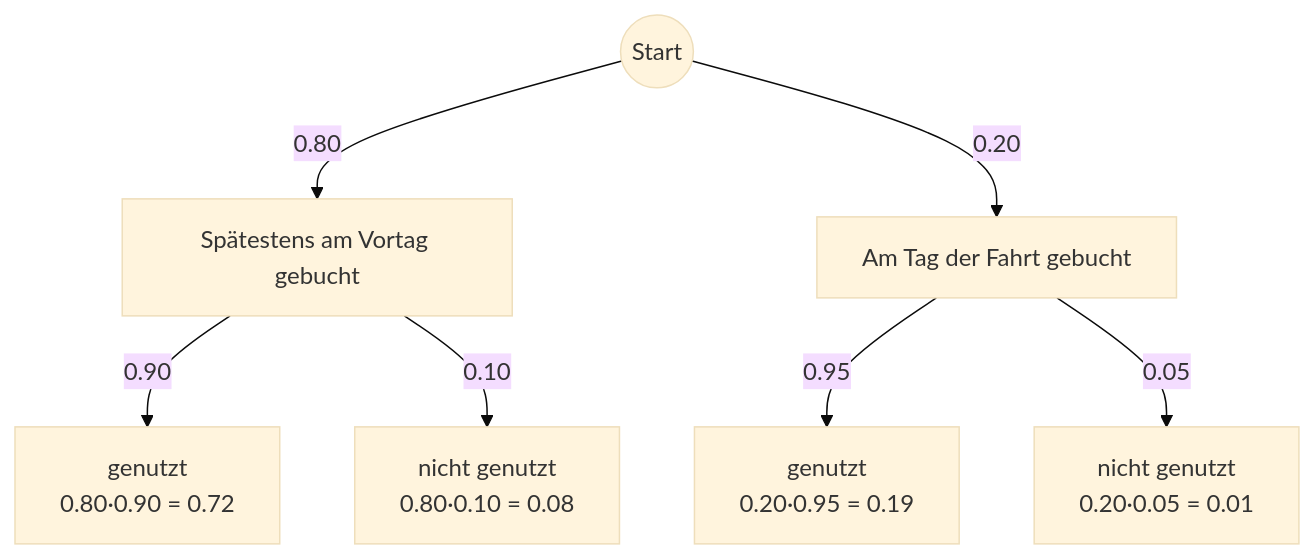
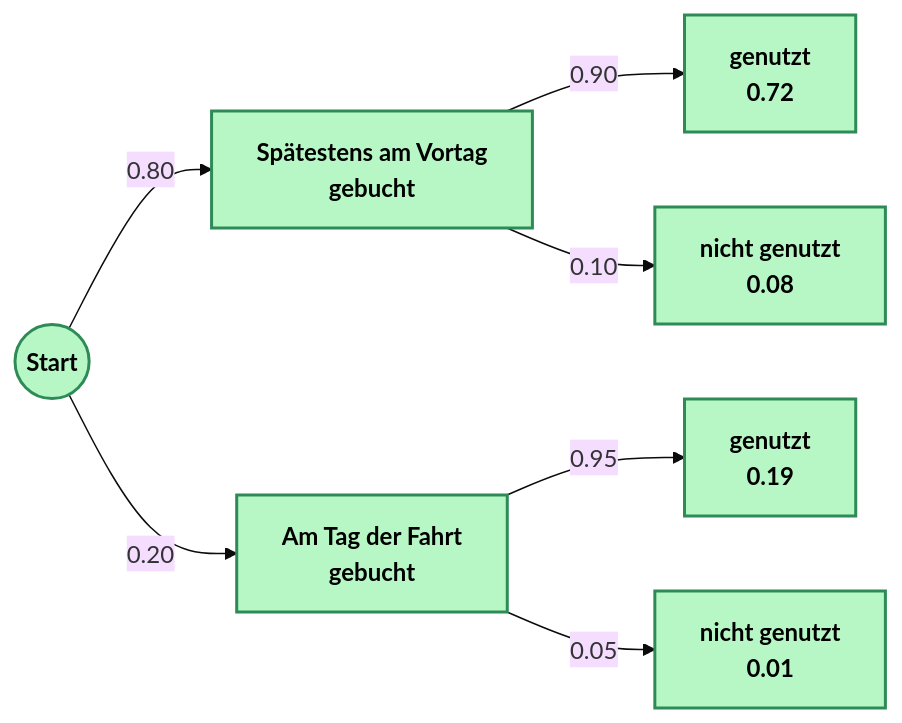
The diagram in examples/naturparktouristen.mdx (Deniz467/docs), drawn with Mermaid (base theme) before and after one commit. The commit also changed other lines of this file, not shown here.

Commit message:
Documentation edits made through Mintlify web editor

````diff
--- a/examples/naturparktouristen.mdx
+++ b/examples/naturparktouristen.mdx
@@ -6,14 +107,15 @@
-```mermaid
-graph TD
+  ```mermaid
+  graph LR
+    classDef green fill:#b7f7c5,stroke:#2e8b57,stroke-width:2px,color:#000,font-weight:bold;
 
-    Start((Start))
+    Start((Start)):::green
 
-    Start -->|0.80| BV[Spätestens am Vortag gebucht]
-    Start -->|0.20| BT[Am Tag der Fahrt gebucht]
+    Start -->|0.80| BV[Spätestens am Vortag<br>gebucht]:::green
+    Start -->|0.20| BT[Am Tag der Fahrt<br>gebucht]:::green
 
-    BV -->|0.90| BV_G[genutzt<br>0.80·0.90 = 0.72]
-    BV -->|0.10| BV_N[nicht genutzt<br>0.80·0.10 = 0.08]
+    BV -->|0.90| BV_G[genutzt<br>0.72]:::green
+    BV -->|0.10| BV_N[nicht genutzt<br>0.08]:::green
 
-    BT -->|0.95| BT_G[genutzt<br>0.20·0.95 = 0.19]
-    BT -->|0.05| BT_N[nicht genutzt<br>0.20·0.05 = 0.01]
+    BT -->|0.95| BT_G[genutzt<br>0.19]:::green
+    BT -->|0.05| BT_N[nicht genutzt<br>0.01]:::green
 ```
````
